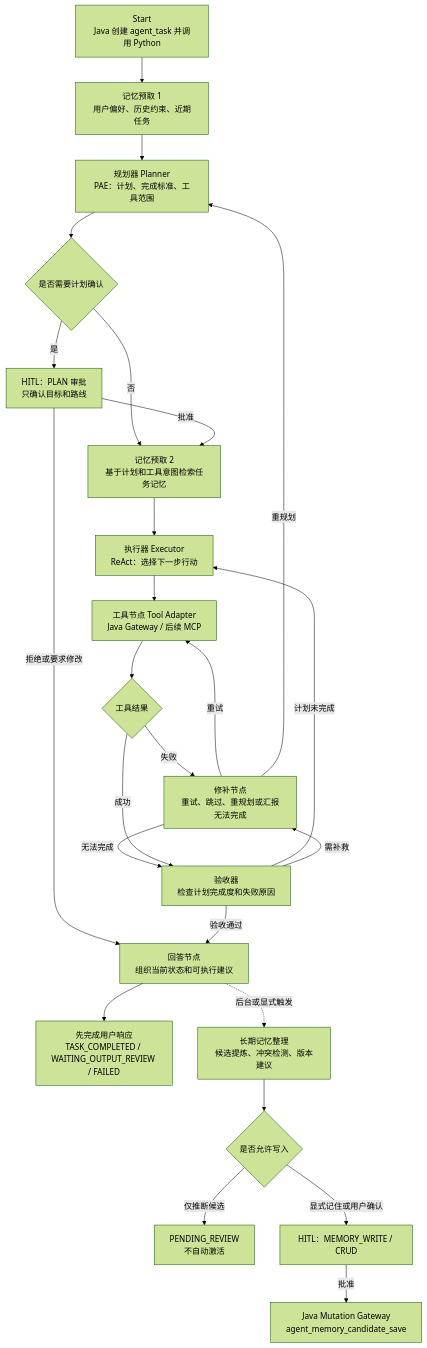
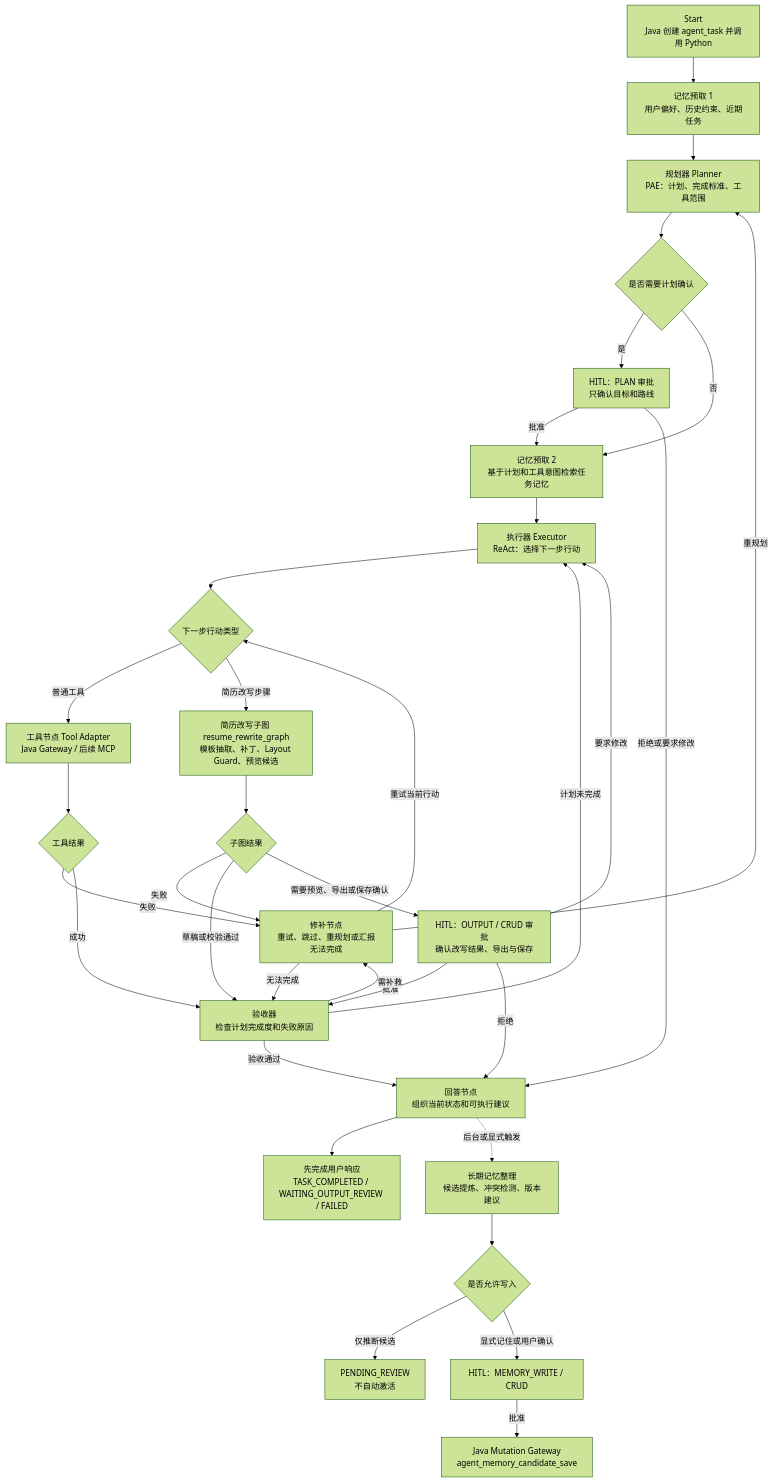
Before and after one commit to HeWhenJay/Multimodal-RAG-Agent-Learning-Evidence-Platform: the fourth of 8 diagrams in README.md, drawn with Mermaid (forest theme). The commit also changed other lines of this file, not shown here.

Commit message:
docs: 将简历子图接入 PAE 主图

````diff
--- a/README.md
+++ b/README.md
@@ -235,31 +235,40 @@
 ```mermaid
 flowchart TD
     START["Start<br/>Java 创建 agent_task 并调用 Python"] --> M0["记忆预取 1<br/>用户偏好、历史约束、近期任务"]
     M0 --> PL["规划器 Planner<br/>PAE：计划、完成标准、工具范围"]
     PL --> HPLAN{"是否需要计划确认"}
     HPLAN -->|"是"| PLAN_REVIEW["HITL：PLAN 审批<br/>只确认目标和路线"]
     HPLAN -->|"否"| M1["记忆预取 2<br/>基于计划和工具意图检索任务记忆"]
     PLAN_REVIEW -->|"批准"| M1
     PLAN_REVIEW -->|"拒绝或要求修改"| ANSWER["回答节点<br/>组织当前状态和可执行建议"]
 
     M1 --> EXEC["执行器 Executor<br/>ReAct：选择下一步行动"]
-    EXEC --> TOOL["工具节点 Tool Adapter<br/>Java Gateway / 后续 MCP"]
+    EXEC --> ACTION{"下一步行动类型"}
+    ACTION -->|"普通工具"| TOOL["工具节点 Tool Adapter<br/>Java Gateway / 后续 MCP"]
+    ACTION -->|"简历改写步骤"| RESUME_SUB["简历改写子图 resume_rewrite_graph<br/>模板抽取、补丁、Layout Guard、预览候选"]
     TOOL --> TOOL_RESULT{"工具结果"}
+    RESUME_SUB --> RESUME_RESULT{"子图结果"}
 
     TOOL_RESULT -->|"失败"| REPAIR["修补节点<br/>重试、跳过、重规划或汇报无法完成"]
-    REPAIR -->|"重试"| TOOL
+    RESUME_RESULT -->|"失败"| REPAIR
+    REPAIR -->|"重试当前行动"| ACTION
     REPAIR -->|"重规划"| PL
     REPAIR -->|"无法完成"| ACCEPT["验收器<br/>检查计划完成度和失败原因"]
 
     TOOL_RESULT -->|"成功"| ACCEPT
+    RESUME_RESULT -->|"草稿或校验通过"| ACCEPT
+    RESUME_RESULT -->|"需要预览、导出或保存确认"| RESUME_REVIEW["HITL：OUTPUT / CRUD 审批<br/>确认改写结果、导出与保存"]
+    RESUME_REVIEW -->|"批准"| ACCEPT
+    RESUME_REVIEW -->|"要求修改"| EXEC
+    RESUME_REVIEW -->|"拒绝"| ANSWER
     ACCEPT -->|"计划未完成"| EXEC
     ACCEPT -->|"需补救"| REPAIR
     ACCEPT -->|"验收通过"| ANSWER
 
     ANSWER --> DONE["先完成用户响应<br/>TASK_COMPLETED / WAITING_OUTPUT_REVIEW / FAILED"]
     ANSWER -. "后台或显式触发" .-> MEM["长期记忆整理<br/>候选提炼、冲突检测、版本建议"]
     MEM --> MEM_GATE{"是否允许写入"}
     MEM_GATE -->|"仅推断候选"| PENDING["PENDING_REVIEW<br/>不自动激活"]
     MEM_GATE -->|"显式记住或用户确认"| MEM_REVIEW["HITL：MEMORY_WRITE / CRUD"]
     MEM_REVIEW -->|"批准"| SAVE["Java Mutation Gateway<br/>agent_memory_candidate_save"]
 ```
````
